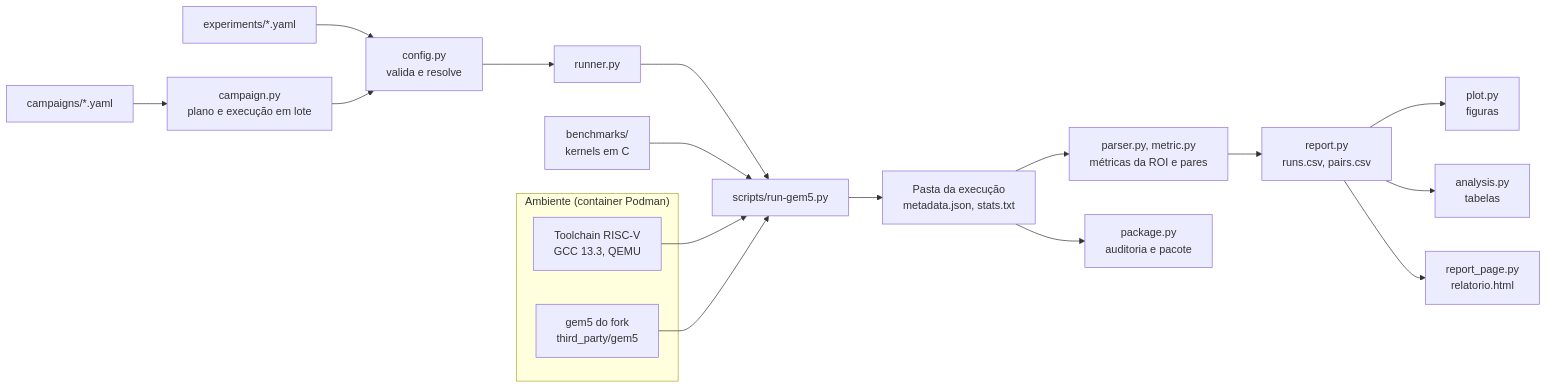
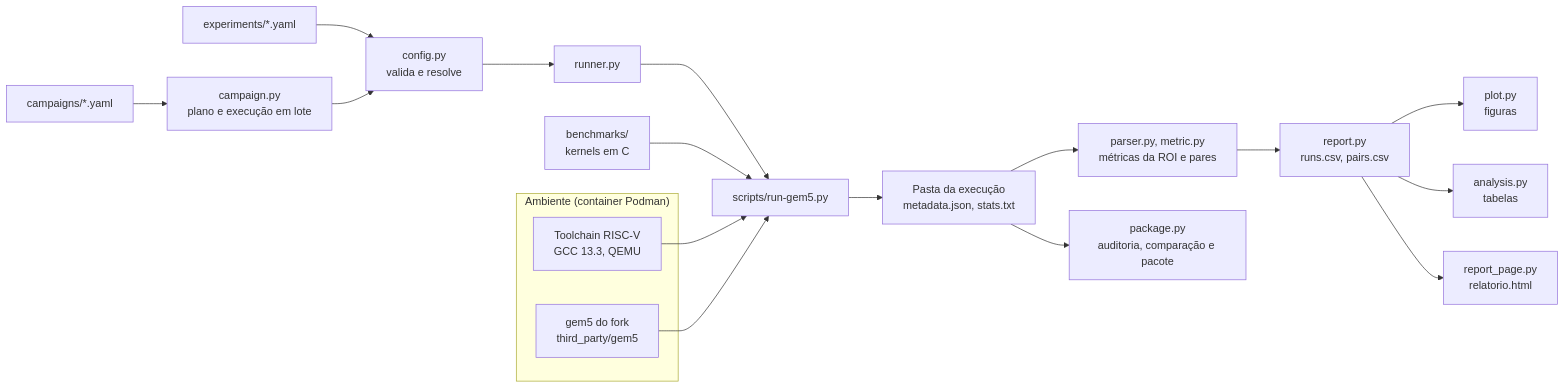
Before and after one commit to YuriMZ-Nunes/riscv-cnn-bench: the diagram in docs/architecture.md, drawn with Mermaid. The commit also changed other lines of this file and 13 other files, not shown here.

````diff
--- a/docs/architecture.md
+++ b/docs/architecture.md
@@ -12,22 +12,22 @@
 ```mermaid
 flowchart LR
     subgraph ambiente["Ambiente (container Podman)"]
         tc["Toolchain RISC-V<br/>GCC 13.3, QEMU"]
         g5["gem5 do fork<br/>third_party/gem5"]
     end
     yaml["experiments/*.yaml"] --> config["config.py<br/>valida e resolve"]
     matriz["campaigns/*.yaml"] --> campaign["campaign.py<br/>plano e execução em lote"]
     campaign --> config
     config --> runner["runner.py"]
     runner --> wrapper["scripts/run-gem5.py"]
     bench["benchmarks/<br/>kernels em C"] --> wrapper
     tc --> wrapper
     g5 --> wrapper
     wrapper --> pasta["Pasta da execução<br/>metadata.json, stats.txt"]
     pasta --> parser["parser.py, metric.py<br/>métricas da ROI e pares"]
     parser --> report["report.py<br/>runs.csv, pairs.csv"]
     report --> plot["plot.py<br/>figuras"]
     report --> analysis["analysis.py<br/>tabelas"]
     report --> pagina["report_page.py<br/>relatorio.html"]
-    pasta --> package["package.py<br/>auditoria e pacote"]
+    pasta --> package["package.py<br/>auditoria, comparação e pacote"]
 ```
````
